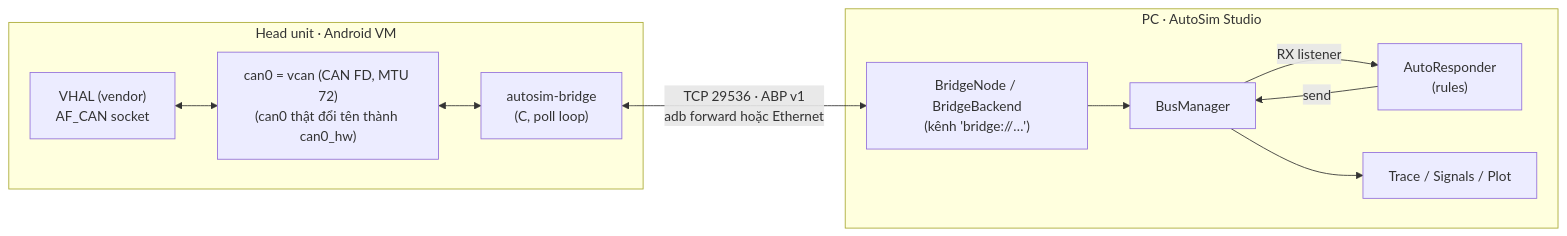
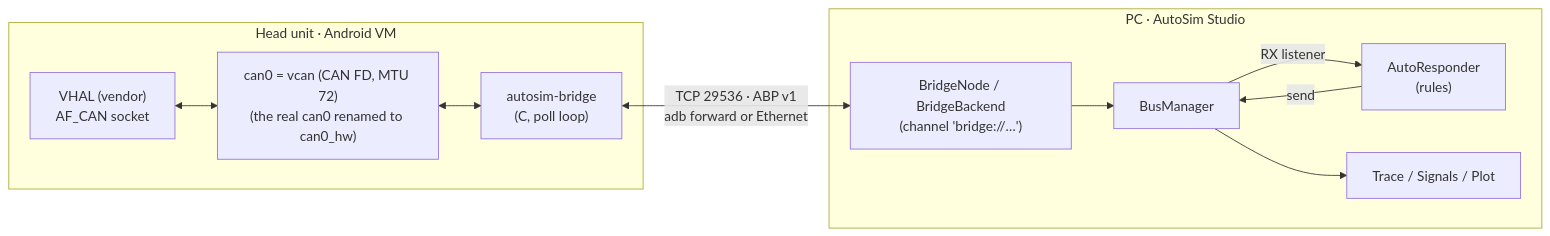
Before and after one commit to Thuongst97/CAN_SIMULATOR: the diagram in docs/ANDROID_BRIDGE.md, drawn with Mermaid. The commit also changed other lines of this file and 8 other files, not shown here.

````diff
--- a/docs/ANDROID_BRIDGE.md
+++ b/docs/ANDROID_BRIDGE.md
@@ -11,14 +13,14 @@
 ```mermaid
 flowchart LR
     subgraph HU["Head unit · Android VM"]
-        vhal["VHAL (vendor)<br/>AF_CAN socket"] <--> vcan["can0 = vcan (CAN FD, MTU 72)<br/>(can0 thật đổi tên thành can0_hw)"]
+        vhal["VHAL (vendor)<br/>AF_CAN socket"] <--> vcan["can0 = vcan (CAN FD, MTU 72)<br/>(the real can0 renamed to can0_hw)"]
         vcan <--> br["autosim-bridge<br/>(C, poll loop)"]
     end
     subgraph PC["PC · AutoSim Studio"]
-        node["BridgeNode / BridgeBackend<br/>(kênh 'bridge://…')"] --> bm["BusManager"]
+        node["BridgeNode / BridgeBackend<br/>(channel 'bridge://…')"] --> bm["BusManager"]
         bm -- "RX listener" --> ar["AutoResponder<br/>(rules)"]
         ar -- "send" --> bm
         bm --> trace["Trace / Signals / Plot"]
     end
-    br <-- "TCP 29536 · ABP v1<br/>adb forward hoặc Ethernet" --> node
+    br <-- "TCP 29536 · ABP v1<br/>adb forward or Ethernet" --> node
 ```
````
